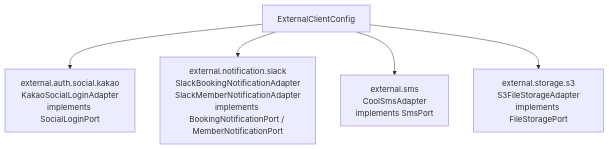
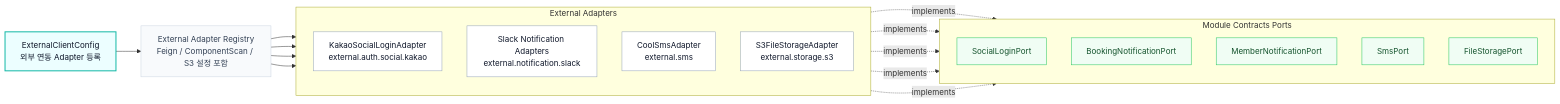
Before and after one commit to TEAM-BEAT/BEAT-SERVER: the fourth of 14 diagrams in infra/README.md, drawn with Mermaid. The commit also changed other lines of this file, not shown here.

Commit message:
docs: README.md 다이어그램 구체화

````diff
--- a/infra/README.md
+++ b/infra/README.md
@@ -185,7 +205,40 @@
 ```mermaid
-flowchart TB
-    ExternalClientConfig --> KakaoAdapter["external.auth.social.kakao<br/>KakaoSocialLoginAdapter<br/>implements SocialLoginPort"]
-    ExternalClientConfig --> SlackAdapter["external.notification.slack<br/>SlackBookingNotificationAdapter<br/>SlackMemberNotificationAdapter<br/>implements BookingNotificationPort / MemberNotificationPort"]
-    ExternalClientConfig --> SmsAdapter["external.sms<br/>CoolSmsAdapter<br/>implements SmsPort"]
-    ExternalClientConfig --> S3Adapter["external.storage.s3<br/>S3FileStorageAdapter<br/>implements FileStoragePort"]
+flowchart LR
+    Config["ExternalClientConfig<br/>외부 연동 Adapter 등록"]:::config
+    Registry["External Adapter Registry<br/>Feign / ComponentScan / S3 설정 포함"]:::hub
+
+    Config --> Registry
+
+    subgraph ADAPTERS["External Adapters"]
+        direction TB
+        Kakao["KakaoSocialLoginAdapter<br/>external.auth.social.kakao"]:::adapter
+        Slack["Slack Notification Adapters<br/>external.notification.slack"]:::adapter
+        Sms["CoolSmsAdapter<br/>external.sms"]:::adapter
+        S3["S3FileStorageAdapter<br/>external.storage.s3"]:::adapter
+    end
+
+    subgraph PORTS["Module Contracts Ports"]
+        direction TB
+        SocialPort["SocialLoginPort"]:::port
+        BookingPort["BookingNotificationPort"]:::port
+        MemberPort["MemberNotificationPort"]:::port
+        SmsPort["SmsPort"]:::port
+        FileStoragePort["FileStoragePort"]:::port
+    end
+
+    Registry --> Kakao
+    Registry --> Slack
+    Registry --> Sms
+    Registry --> S3
+
+    Kakao -. implements .-> SocialPort
+    Slack -. implements .-> BookingPort
+    Slack -. implements .-> MemberPort
+    Sms -. implements .-> SmsPort
+    S3 -. implements .-> FileStoragePort
+
+    classDef config fill:#ECFEFF,stroke:#14B8A6,stroke-width:2px,color:#0F172A
+    classDef hub fill:#F8FAFC,stroke:#CBD5E1,stroke-width:1px,color:#334155
+    classDef adapter fill:#FFFFFF,stroke:#94A3B8,stroke-width:1px,color:#0F172A
+    classDef port fill:#F0FDF4,stroke:#22C55E,stroke-width:1px,color:#14532D
 ```
````
